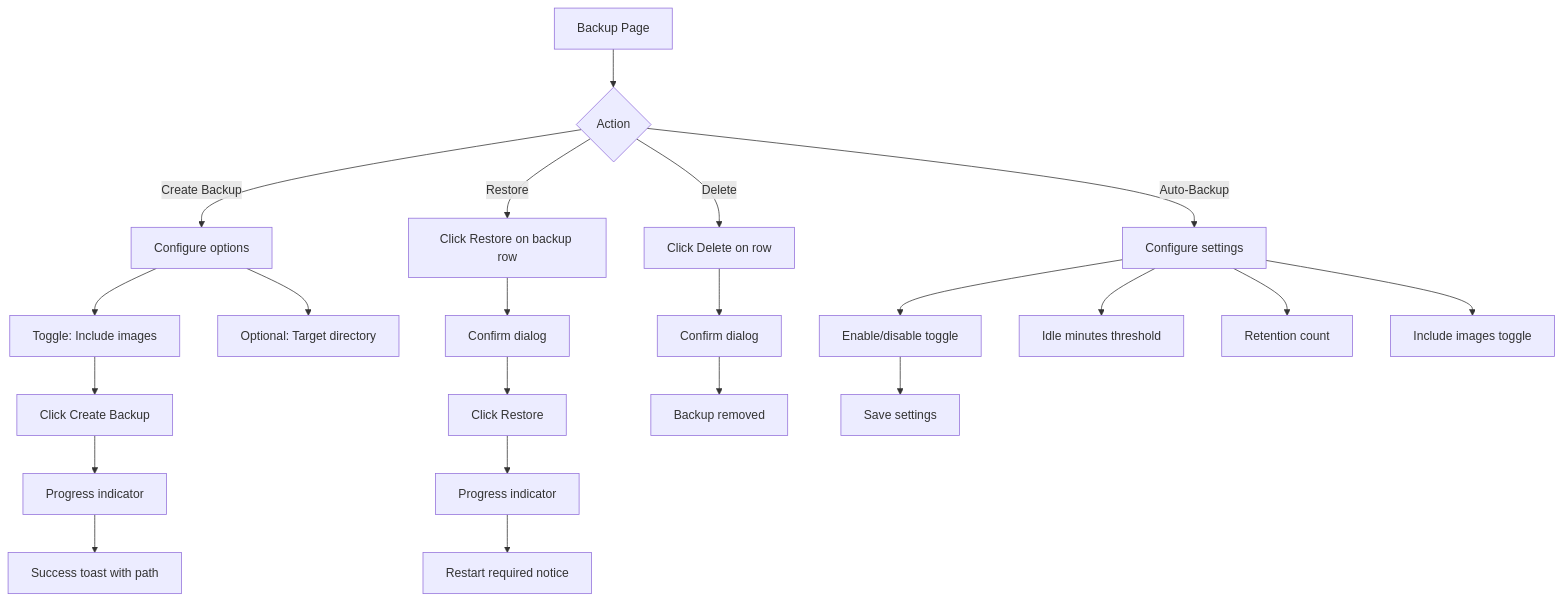
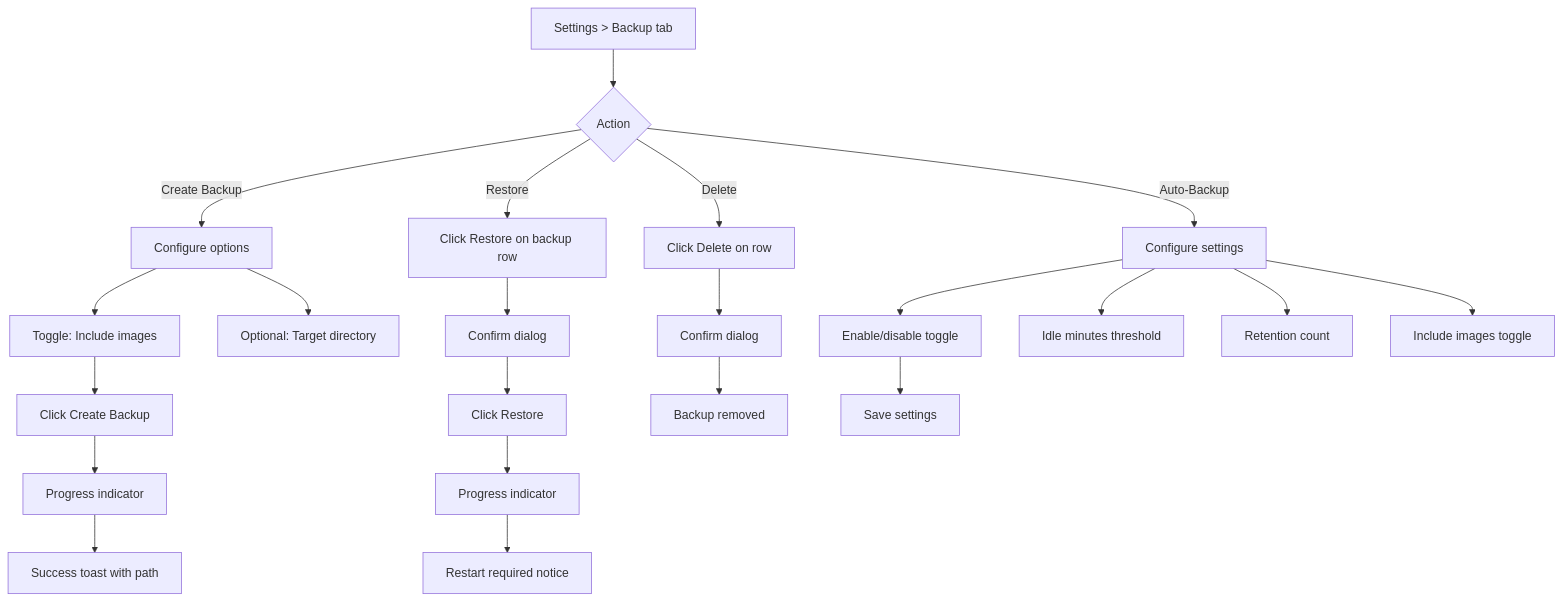
Before and after one commit to michael-freling/anime-image-viewer: the seventh of 8 diagrams in docs/content/ux-redesign/_index.md, drawn with Mermaid. The commit also changed other lines of this file and 37 other files, not shown here.

````diff
--- a/docs/content/ux-redesign/_index.md
+++ b/docs/content/ux-redesign/_index.md
@@ -246,28 +243,28 @@
 ```mermaid
 flowchart TD
-    A[Backup Page] --> B{Action}
+    A[Settings > Backup tab] --> B{Action}
 
     B -->|Create Backup| C[Configure options]
     C --> D[Toggle: Include images]
     C --> E[Optional: Target directory]
     D --> F[Click Create Backup]
     F --> G[Progress indicator]
     G --> H[Success toast with path]
 
     B -->|Restore| I[Click Restore on backup row]
     I --> J[Confirm dialog]
     J --> K[Click Restore]
     K --> L[Progress indicator]
     L --> M[Restart required notice]
 
     B -->|Delete| N[Click Delete on row]
     N --> O[Confirm dialog]
     O --> P[Backup removed]
 
     B -->|Auto-Backup| Q[Configure settings]
     Q --> R[Enable/disable toggle]
     Q --> S[Idle minutes threshold]
     Q --> T[Retention count]
     Q --> U[Include images toggle]
     R --> V[Save settings]
 ```
````
